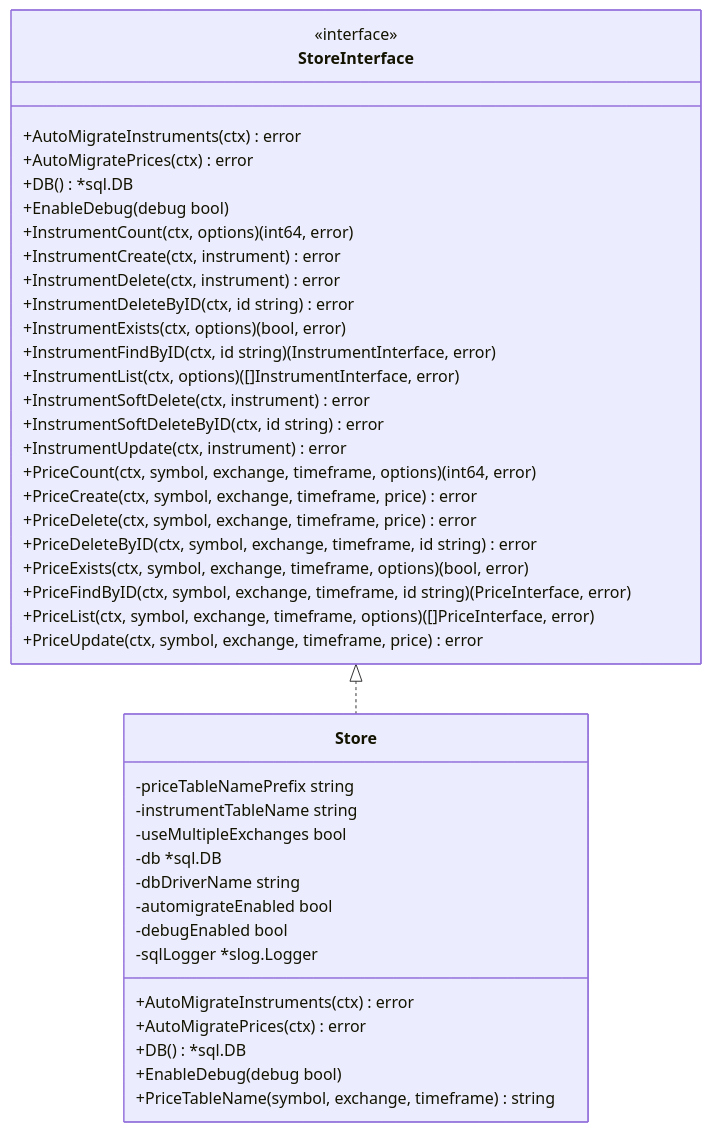
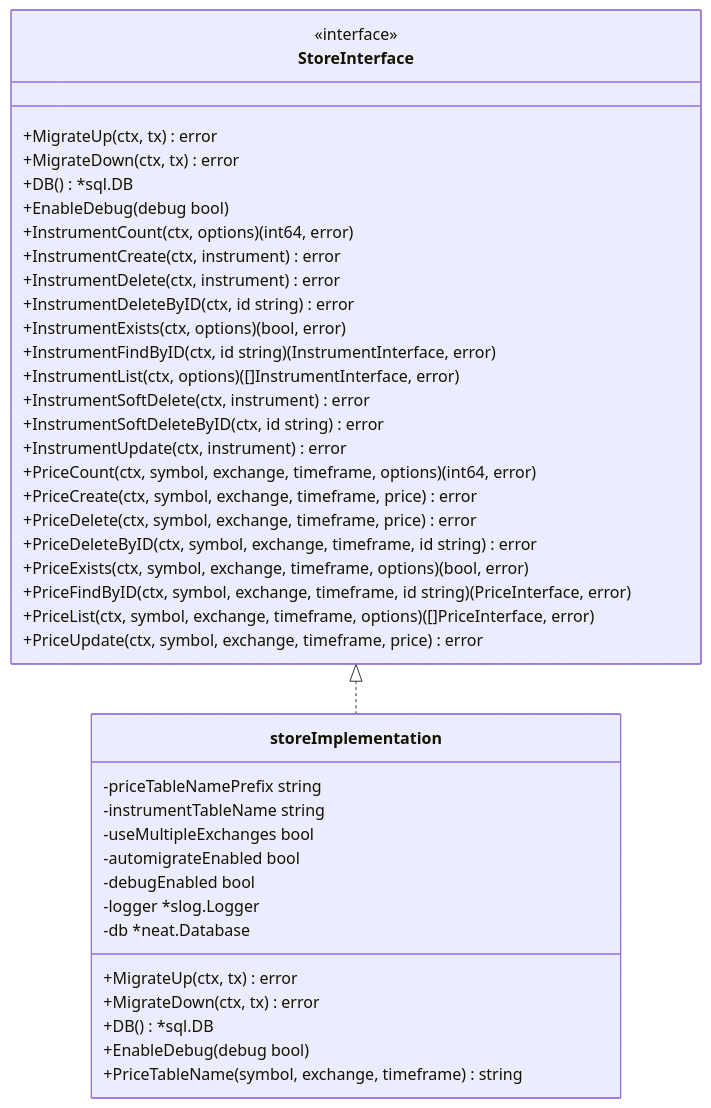
Before and after one commit to dracory/tradingstore: the first of 3 diagrams in README.md, drawn with Mermaid. The commit also changed other lines of this file and 1 other file, not shown here.

````diff
--- a/README.md
+++ b/README.md
@@ -156,46 +150,45 @@
 ```mermaid
 classDiagram
     class StoreInterface {
         <<interface>>
-        +AutoMigrateInstruments(ctx) error
-        +AutoMigratePrices(ctx) error
+        +MigrateUp(ctx, tx) error
+        +MigrateDown(ctx, tx) error
         +DB() *sql.DB
         +EnableDebug(debug bool)
         +InstrumentCount(ctx, options) (int64, error)
         +InstrumentCreate(ctx, instrument) error
         +InstrumentDelete(ctx, instrument) error
         +InstrumentDeleteByID(ctx, id string) error
         +InstrumentExists(ctx, options) (bool, error)
         +InstrumentFindByID(ctx, id string) (InstrumentInterface, error)
         +InstrumentList(ctx, options) ([]InstrumentInterface, error)
         +InstrumentSoftDelete(ctx, instrument) error
         +InstrumentSoftDeleteByID(ctx, id string) error
         +InstrumentUpdate(ctx, instrument) error
         +PriceCount(ctx, symbol, exchange, timeframe, options) (int64, error)
         +PriceCreate(ctx, symbol, exchange, timeframe, price) error
         +PriceDelete(ctx, symbol, exchange, timeframe, price) error
         +PriceDeleteByID(ctx, symbol, exchange, timeframe, id string) error
         +PriceExists(ctx, symbol, exchange, timeframe, options) (bool, error)
         +PriceFindByID(ctx, symbol, exchange, timeframe, id string) (PriceInterface, error)
         +PriceList(ctx, symbol, exchange, timeframe, options) ([]PriceInterface, error)
         +PriceUpdate(ctx, symbol, exchange, timeframe, price) error
     }
 
-    class Store {
+    class storeImplementation {
         -priceTableNamePrefix string
         -instrumentTableName string
         -useMultipleExchanges bool
-        -db *sql.DB
-        -dbDriverName string
         -automigrateEnabled bool
         -debugEnabled bool
-        -sqlLogger *slog.Logger
-        +AutoMigrateInstruments(ctx) error
-        +AutoMigratePrices(ctx) error
+        -logger *slog.Logger
+        -db *neat.Database
+        +MigrateUp(ctx, tx) error
+        +MigrateDown(ctx, tx) error
         +DB() *sql.DB
         +EnableDebug(debug bool)
         +PriceTableName(symbol, exchange, timeframe) string
     }
 
-    StoreInterface <|.. Store
+    StoreInterface <|.. storeImplementation
 ```
````
